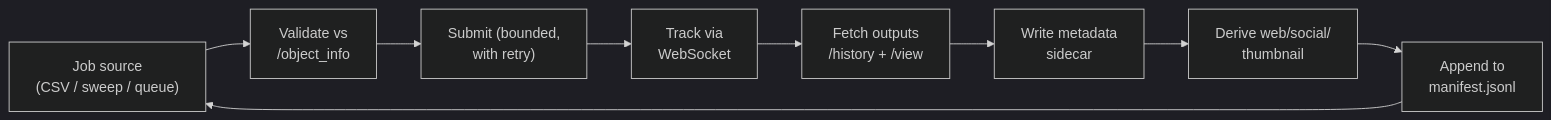
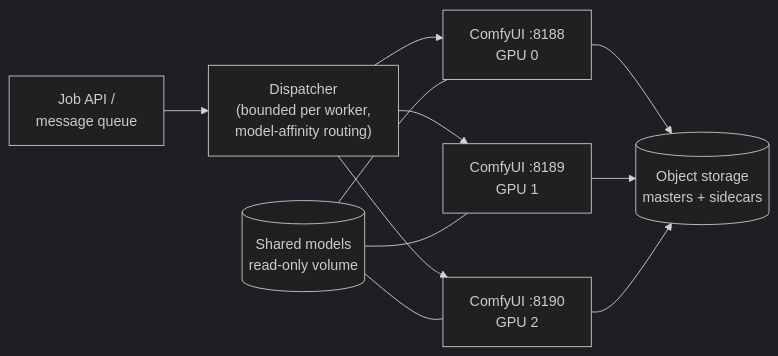
Before and after one commit to AndrewAltimit/Documentation: the fourth of 4 diagrams in github-pages/docs/ai-ml/production-pipelines.md, drawn with Mermaid (dark theme). The commit also changed other lines of this file and 240 other files, not shown here.

````diff
--- a/github-pages/docs/ai-ml/production-pipelines.md
+++ b/github-pages/docs/ai-ml/production-pipelines.md
@@ -441,11 +549,13 @@
 ```mermaid
 flowchart LR
-    Src["Job source<br/>(CSV / sweep / queue)"] --> Val["Validate vs<br/>/object_info"]
-    Val --> Sub["Submit (bounded,<br/>with retry)"]
-    Sub --> Track["Track via<br/>WebSocket"]
-    Track --> Out["Fetch outputs<br/>/history + /view"]
-    Out --> Prov["Write metadata<br/>sidecar"]
-    Prov --> Der["Derive web/social/<br/>thumbnail"]
-    Der --> Man["Append to<br/>manifest.jsonl"]
-    Man --> Src
+    API["Job API /<br/>message queue"] --> D["Dispatcher<br/>(bounded per worker,<br/>model-affinity routing)"]
+    D --> W1["ComfyUI :8188<br/>GPU 0"]
+    D --> W2["ComfyUI :8189<br/>GPU 1"]
+    D --> W3["ComfyUI :8190<br/>GPU 2"]
+    M[("Shared models<br/>read-only volume")] --- W1
+    M --- W2
+    M --- W3
+    W1 --> O[("Object storage<br/>masters + sidecars")]
+    W2 --> O
+    W3 --> O
 ```
````
